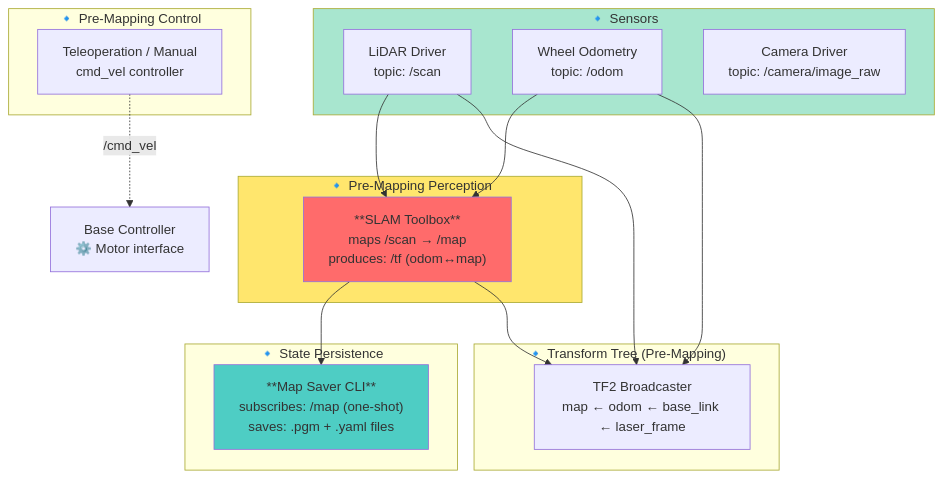
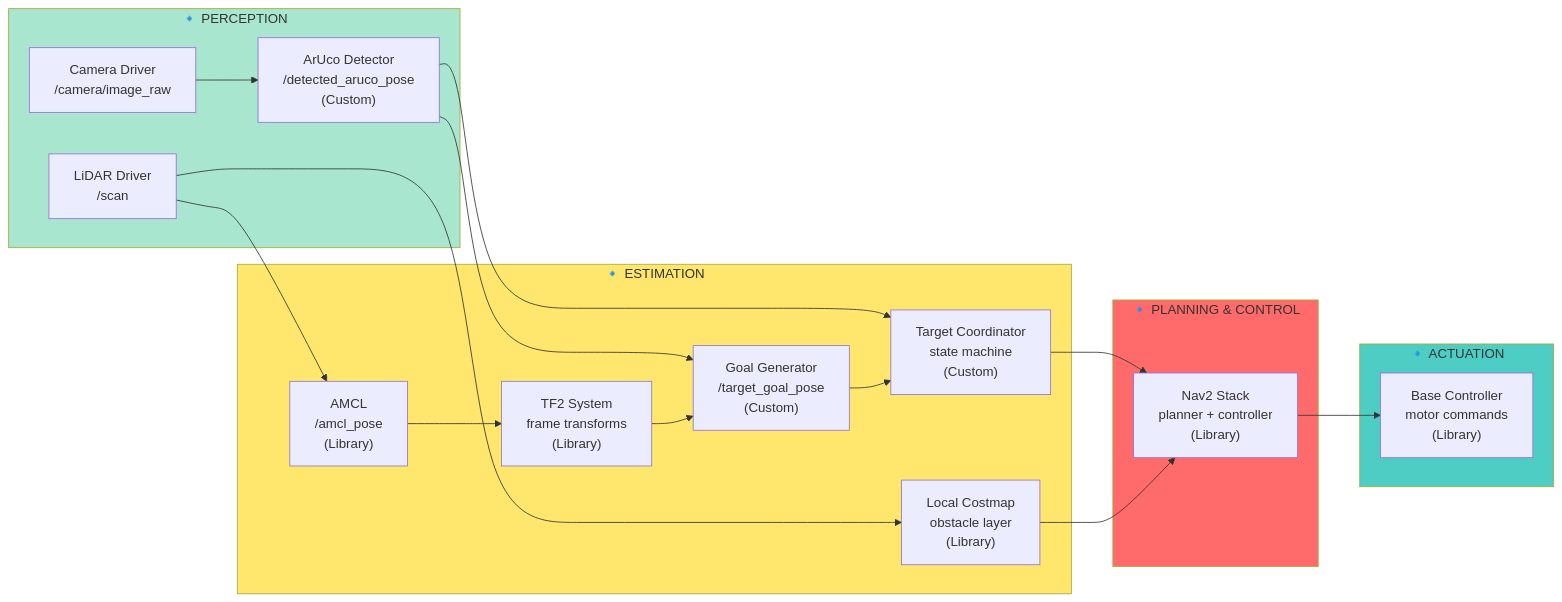
The first of 2 diagrams in page_3.md (Mobile-Robots-UGV/mobile-robots-UGV.github.io), drawn with Mermaid before and after one commit. The commit also changed other lines of this file, not shown here.

Commit message:
Update page_3.md: Restore full architecture documentation with Perception-Estimation-Planning-Actuation structure, module declaration table, and detailed intent writeups for Library and Custom modules

````diff
--- a/page_3.md
+++ b/page_3.md
@@ -16,37 +16,41 @@
 ```mermaid
-graph TB
-    subgraph Sensors["🔹 Sensors"]
-        Lidar["LiDAR Driver<br/>topic: /scan"]
-        OdomHW["Wheel Odometry<br/>topic: /odom"]
-        Camera["Camera Driver<br/>topic: /camera/image_raw"]
+graph LR
+    subgraph Perception["🔹 PERCEPTION"]
+        Lidar["LiDAR Driver<br/>/scan"]
+        Camera["Camera Driver<br/>/camera/image_raw"]
+        ArUco["ArUco Detector<br/>/detected_aruco_pose<br/>(Custom)"]
     end
 
-    subgraph PreMapPerception["🔹 Pre-Mapping Perception"]
-        SLAM["**SLAM Toolbox**<br/>maps /scan → /map<br/>produces: /tf (odom↔map)"]
+    subgraph Estimation["🔹 ESTIMATION"]
+        AMCL["AMCL<br/>/amcl_pose<br/>(Library)"]
+        Costmap["Local Costmap<br/>obstacle layer<br/>(Library)"]
+        TF["TF2 System<br/>frame transforms<br/>(Library)"]
+        GoalGen["Goal Generator<br/>/target_goal_pose<br/>(Custom)"]
+        Coord["Target Coordinator<br/>state machine<br/>(Custom)"]
     end
 
-    subgraph StateStore["🔹 State Persistence"]
-        MapSaver["**Map Saver CLI**<br/>subscribes: /map (one-shot)<br/>saves: .pgm + .yaml files"]
+    subgraph Planning["🔹 PLANNING & CONTROL"]
+        Nav2["Nav2 Stack<br/>planner + controller<br/>(Library)"]
     end
 
-    subgraph PreMapControl["🔹 Pre-Mapping Control"]
-        TeleOp["Teleoperation / Manual<br/>cmd_vel controller"]
+    subgraph Actuation["🔹 ACTUATION"]
+        Motor["Base Controller<br/>motor commands<br/>(Library)"]
     end
 
-    subgraph TFSystem["🔹 Transform Tree (Pre-Mapping)"]
-        TF["TF2 Broadcaster<br/>map ← odom ← base_link ← laser_frame"]
-    end
+    Lidar --> AMCL
+    Lidar --> Costmap
+    Camera --> ArUco
+    ArUco --> GoalGen
+    ArUco --> Coord
+    AMCL --> TF
+    TF --> GoalGen
+    GoalGen --> Coord
+    Coord --> Nav2
+    Costmap --> Nav2
+    Nav2 --> Motor
 
-    Lidar --> SLAM
-    OdomHW --> SLAM
-    SLAM --> MapSaver
-    SLAM --> TF
-    Lidar --> TF
-    OdomHW --> TF
-    TeleOp -.->|/cmd_vel| BaseController["Base Controller<br/>⚙️ Motor interface"]
-
-    style SLAM fill:#ff6b6b
-    style MapSaver fill:#4ecdc4
-    style PreMapPerception fill:#ffe66d
-    style Sensors fill:#a8e6cf
+    style Perception fill:#a8e6cf
+    style Estimation fill:#ffe66d
+    style Planning fill:#ff6b6b
+    style Actuation fill:#4ecdc4
 ```
````
